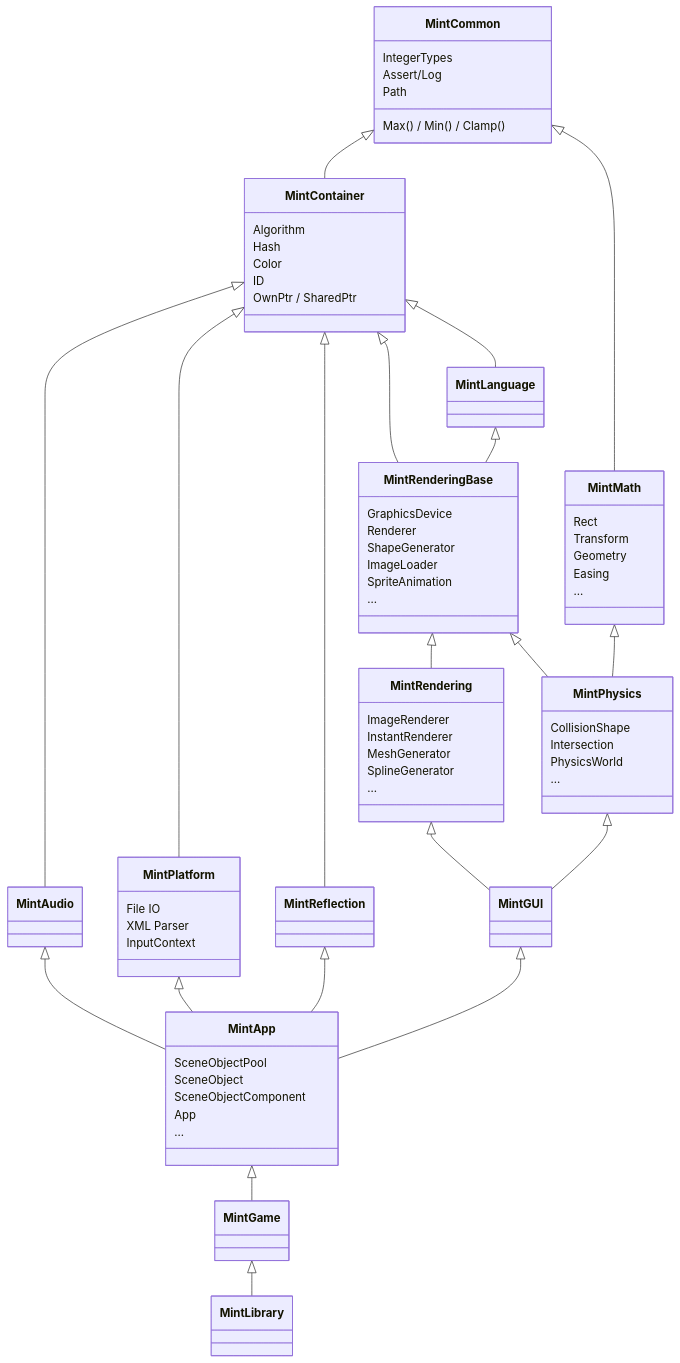
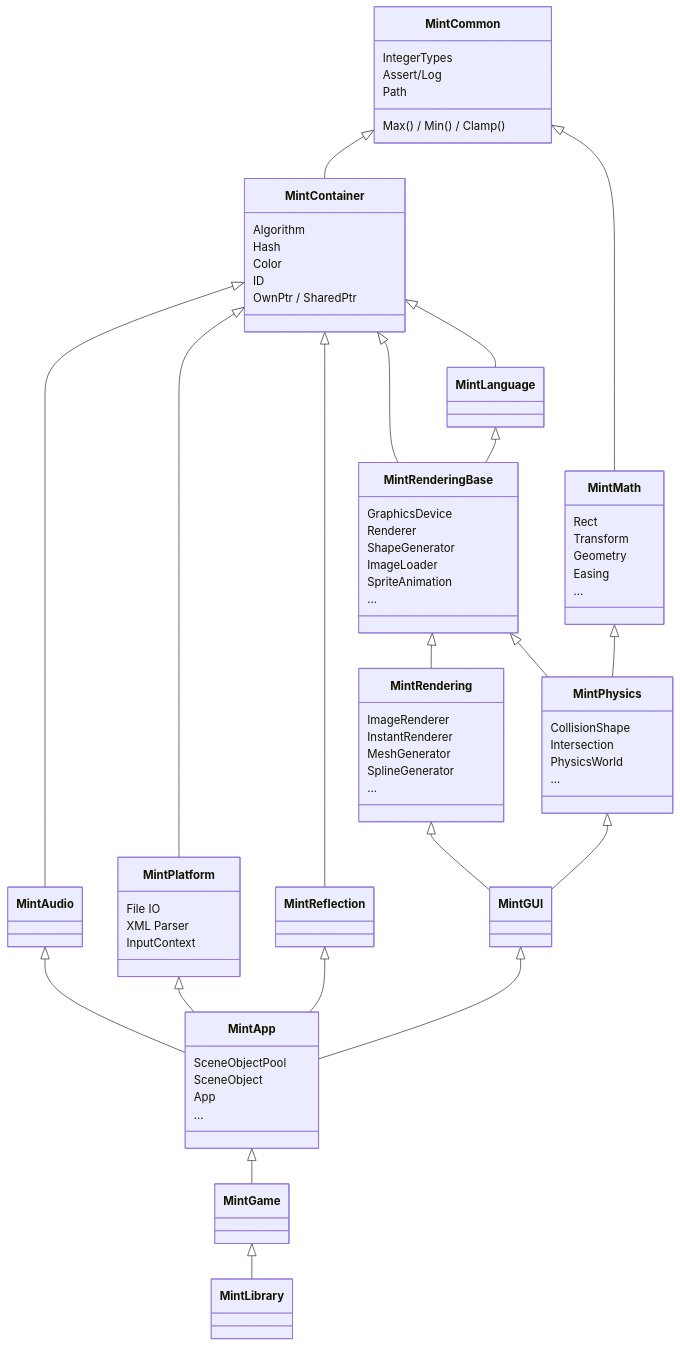
Before and after one commit to principal6/MintLibrary: the diagram in MintCommon/LibraryStructure.md, drawn with Mermaid. The commit also changed 35 other files, not shown here.

Commit message:
SceneObject is now implemented as full ECS

```diff
--- a/MintCommon/LibraryStructure.md
+++ b/MintCommon/LibraryStructure.md
@@ -78,7 +78,6 @@
     class MintApp{
         SceneObjectPool
         SceneObject
-        SceneObjectComponent
         App
         ...
     }
```
